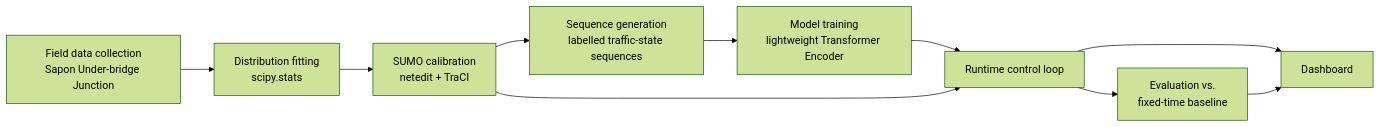
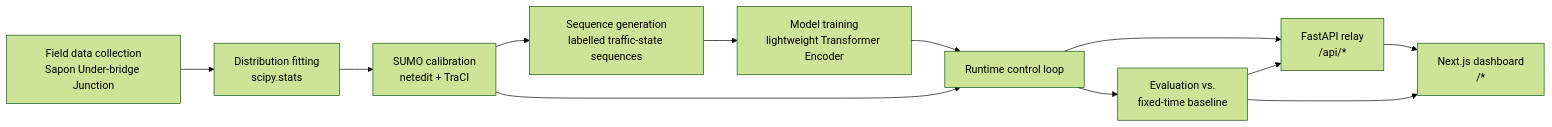
The first of 2 diagrams in docs/PRODUCT_FLOW.md (abdulazeezoj/mvp-mahanya), drawn with Mermaid (forest theme) before and after one commit. The commit also changed other lines of this file and 2 other files, not shown here.

Commit message:
Align dependent docs with web dashboard stack

````diff
--- a/docs/PRODUCT_FLOW.md
+++ b/docs/PRODUCT_FLOW.md
@@ -10,12 +10,14 @@
 ```mermaid
 flowchart LR
     A[Field data collection\nSapon Under-bridge Junction] --> B[Distribution fitting\nscipy.stats]
     B --> C[SUMO calibration\nnetedit + TraCI]
     C --> D[Sequence generation\nlabelled traffic-state sequences]
     D --> E[Model training\nlightweight Transformer Encoder]
     E --> F[Runtime control loop]
     C --> F
     F --> G[Evaluation vs.\nfixed-time baseline]
-    F --> H[Dashboard]
+    F --> I["FastAPI relay\n/api/*"]
+    I --> H["Next.js dashboard\n/*"]
+    G --> I
     G --> H
 ```
````
